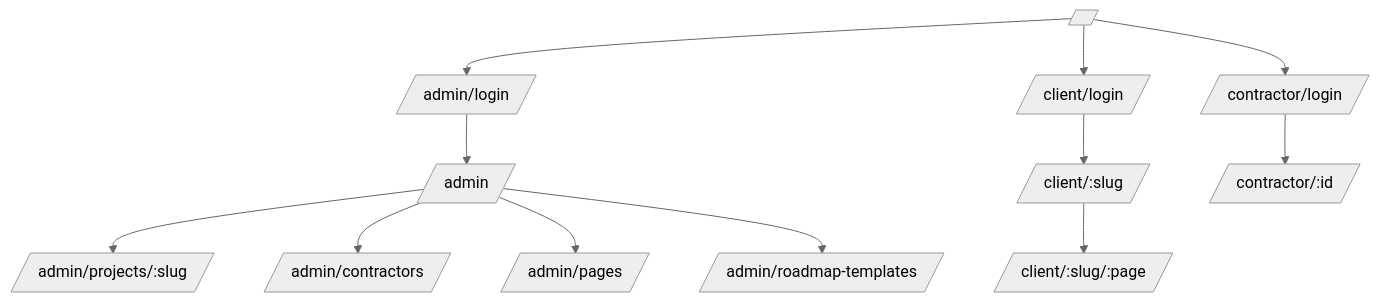
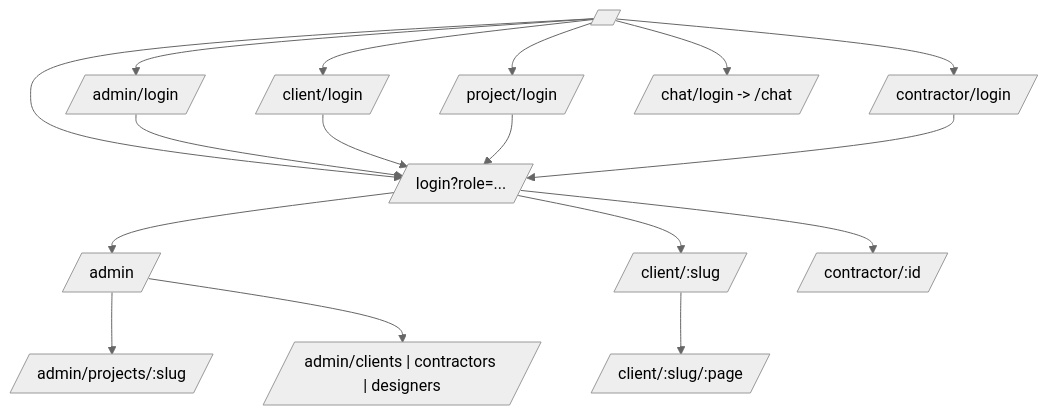
Before and after one commit to s6d3g9/dariakulchikhina: the diagram in docs/architecture/03-site-structure.md, drawn with Mermaid (neutral theme). The commit also changed other lines of this file and 10 other files, not shown here.

````diff
--- a/docs/architecture/03-site-structure.md
+++ b/docs/architecture/03-site-structure.md
@@ -92,17 +87,22 @@
 ```mermaid
 flowchart TD
-  Root[/ /] --> AdminLogin[/admin/login/]
-  Root --> ClientLogin[/client/login/]
-  Root --> ContractorLogin[/contractor/login/]
+  Root[/ /] --> UnifiedLogin[/login?role=.../]
+  Root --> AdminAlias[/admin/login/]
+  Root --> ClientAlias[/client/login/]
+  Root --> ProjectAlias[/project/login/]
+  Root --> ContractorAlias[/contractor/login/]
 
-  AdminLogin --> AdminIndex[/admin/]
+  AdminAlias --> UnifiedLogin
+  ClientAlias --> UnifiedLogin
+  ProjectAlias --> UnifiedLogin
+  ContractorAlias --> UnifiedLogin
+
+  UnifiedLogin --> AdminIndex[/admin/]
+  UnifiedLogin --> ClientProject[/client/:slug/]
+  UnifiedLogin --> ContractorCabinet[/contractor/:id/]
+
   AdminIndex --> AdminProject[/admin/projects/:slug/]
-  AdminIndex --> AdminContractors[/admin/contractors/]
-  AdminIndex --> AdminPages[/admin/pages/]
-  AdminIndex --> AdminRoadmapTemplates[/admin/roadmap-templates/]
-
-  ClientLogin --> ClientProject[/client/:slug/]
+  AdminIndex --> AdminRegistry[/admin/clients | contractors | designers/]
   ClientProject --> ClientPage[/client/:slug/:page/]
-
-  ContractorLogin --> ContractorCabinet[/contractor/:id/]
+  Root --> EmbeddedChat[/chat/login -> /chat/]
 ```
````
